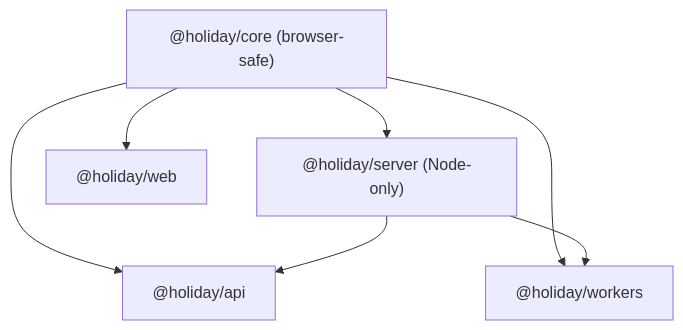
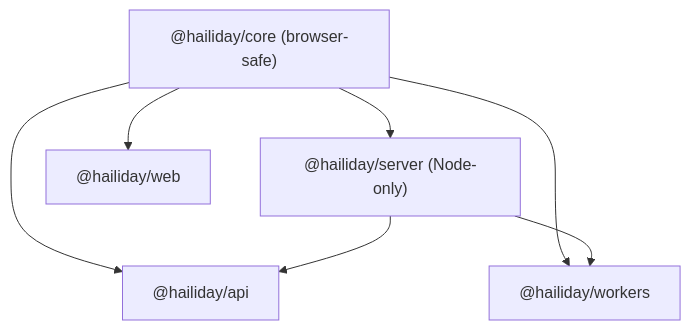
The first of 2 diagrams in docs/architecture.md (whatl3y/hailiday), drawn with Mermaid before and after one commit. The commit also changed other lines of this file and 568 other files, not shown here.

````diff
--- a/docs/architecture.md
+++ b/docs/architecture.md
@@ -216,14 +217,14 @@
 ```mermaid
 flowchart TB
-  core["@holiday/core (browser-safe)"]
-  server["@holiday/server (Node-only)"]
-  web["@holiday/web"]
-  api["@holiday/api"]
-  workers["@holiday/workers"]
+  core["@hailiday/core (browser-safe)"]
+  server["@hailiday/server (Node-only)"]
+  web["@hailiday/web"]
+  api["@hailiday/api"]
+  workers["@hailiday/workers"]
   core --> server
   core --> web
   core --> api
   core --> workers
   server --> api
   server --> workers
 ```
````
